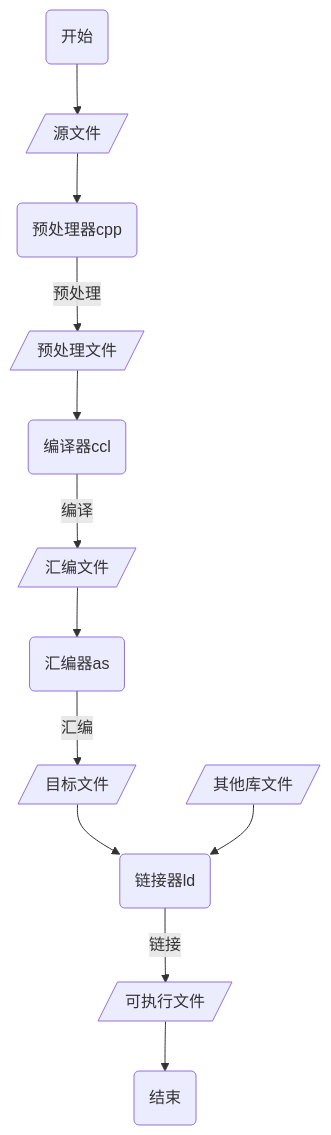
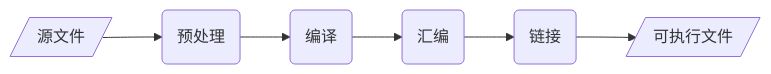
Before and after one commit to dmjcb/dmjcb.github.io: the first of 7 diagrams in _posts/language/c_c++/compile/2021-06-15-编译过程.md, drawn with Mermaid. The commit also changed other lines of this file and 50 other files, not shown here.

````diff
--- a/_posts/language/c_c++/compile/2021-06-15-编译过程.md
+++ b/_posts/language/c_c++/compile/2021-06-15-编译过程.md
@@ -11,22 +11,10 @@
 ```mermaid
-graph TB;
-    X(开始)
+graph LR;
     A[/源文件/]
-        A1(预处理器cpp)
-    B[/预处理文件/]
-        B1(编译器ccl)
-    C[/汇编文件/]
-        C1(汇编器as)
-    D[/目标文件/]
-        D1(链接器ld)
-    E[/可执行文件/]
-    F[/其他库文件/]
-    Z(结束)
-
-    X-->A-->A1--预处理-->B
-    B-->B1--编译-->C
-    C-->C1--汇编-->D
-    D-->D1--链接-->E
-    F-->D1
-    E-->Z
+    B(预处理)
+    C(编译)
+    D(汇编)
+    E(链接)
+    F[/可执行文件/]
+    A-->B-->C-->D-->E-->F
 ```
````
